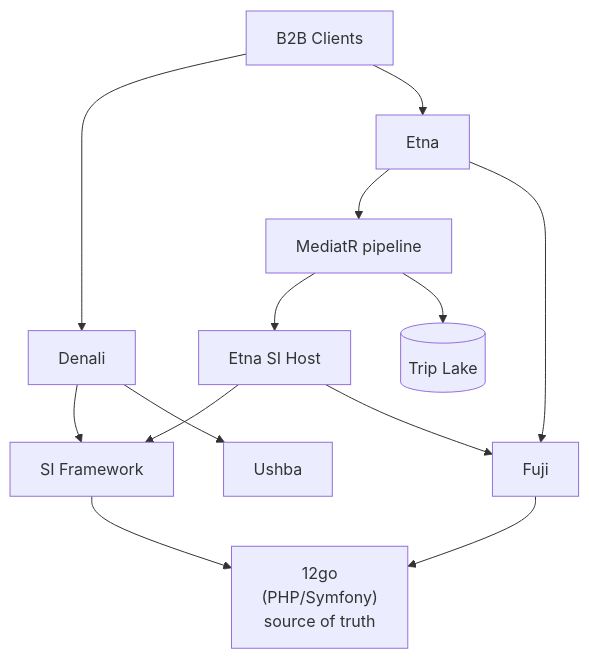
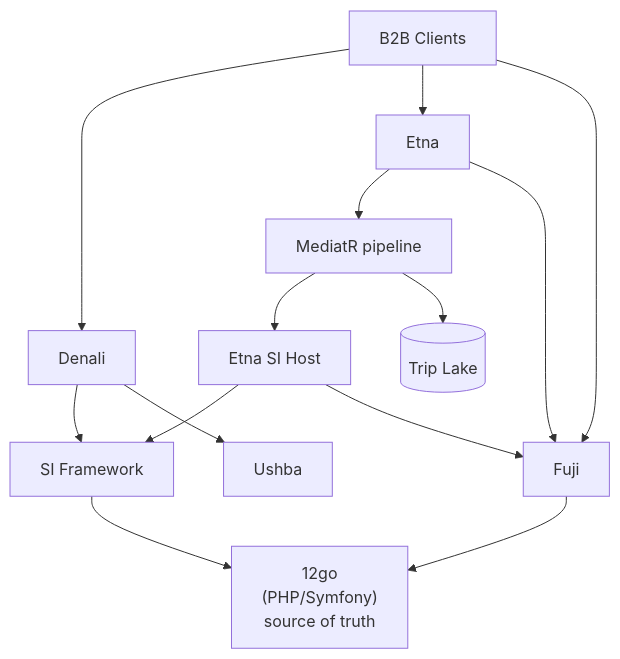
The first of 6 diagrams in presentation/meeting-brief.md (sosotravelier/tc-transition-to-12go), drawn with Mermaid before and after one commit. The commit also changed other lines of this file, not shown here.

First line of the commit message:
Target architectures: remove API gateway, add notifications, split Search

````diff
--- a/presentation/meeting-brief.md
+++ b/presentation/meeting-brief.md
@@ -11,28 +11,29 @@
 ```mermaid
 flowchart TB
     Client["B2B Clients"]
 
     Denali["Denali"]
     Etna["Etna"]
 
     MediatR["MediatR pipeline"]
     SIHost["Etna SI Host"]
     Fuji["Fuji"]
     SI["SI Framework"]
     Ushba["Ushba"]
     TripLake[(Trip Lake)]
     TG["12go\n(PHP/Symfony)\nsource of truth"]
 
     Client --> Denali
     Client --> Etna
+    Client --> Fuji
     Denali --> SI
     Denali --> Ushba
     Etna --> MediatR
     Etna --> Fuji
     MediatR --> SIHost
     MediatR --> TripLake
     SIHost --> SI
     SIHost --> Fuji
     SI --> TG
     Fuji --> TG
 ```
````
